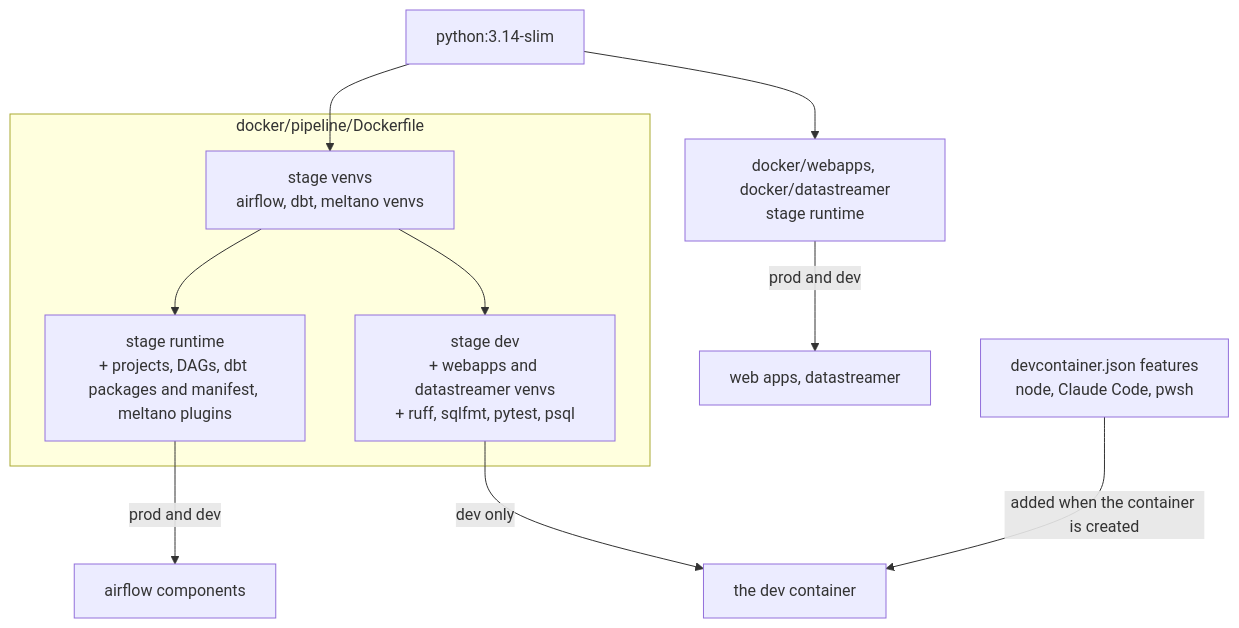
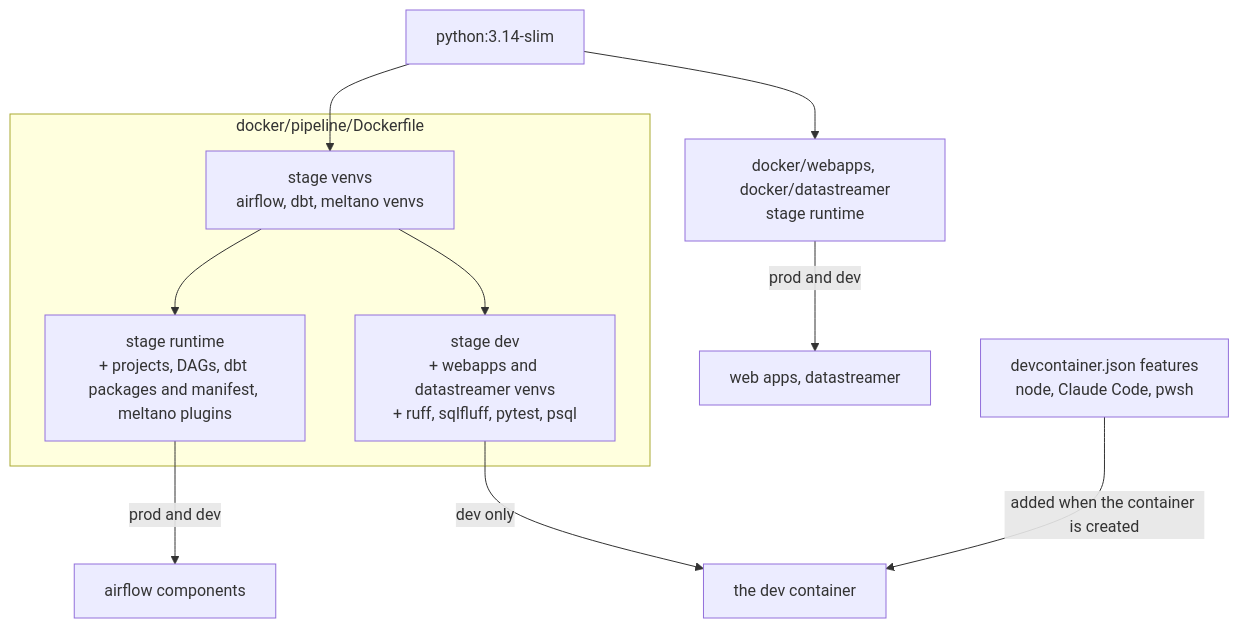
Before and after one commit to le1douglas/DataWarehouse: the second of 2 diagrams in docs/DEV_CONTAINER.md, drawn with Mermaid. The commit also changed 9 other files, not shown here.

````diff
--- a/docs/DEV_CONTAINER.md
+++ b/docs/DEV_CONTAINER.md
@@ -199,20 +199,20 @@
 ```mermaid
 flowchart TB
     base[python:3.14-slim]
     subgraph pipeline_df["docker/pipeline/Dockerfile"]
         venvs[stage venvs<br/>airflow, dbt, meltano venvs]
         runtime[stage runtime<br/>+ projects, DAGs, dbt packages and manifest, meltano plugins]
-        dev[stage dev<br/>+ webapps and datastreamer venvs<br/>+ ruff, sqlfmt, pytest, psql]
+        dev[stage dev<br/>+ webapps and datastreamer venvs<br/>+ ruff, sqlfluff, pytest, psql]
     end
     apps_df[docker/webapps, docker/datastreamer<br/>stage runtime]
     features[devcontainer.json features<br/>node, Claude Code, pwsh]
 
     base --> venvs
     venvs --> runtime
     venvs --> dev
     base --> apps_df
     runtime -->|prod and dev| svc_airflow[airflow components]
     apps_df -->|prod and dev| svc_apps[web apps, datastreamer]
     dev -->|dev only| devc[the dev container]
     features -->|added when the container is created| devc
 ```
````
